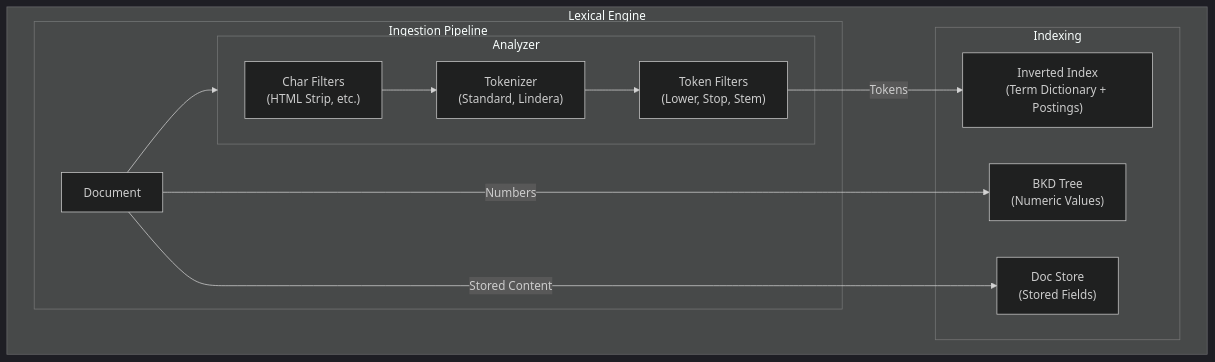
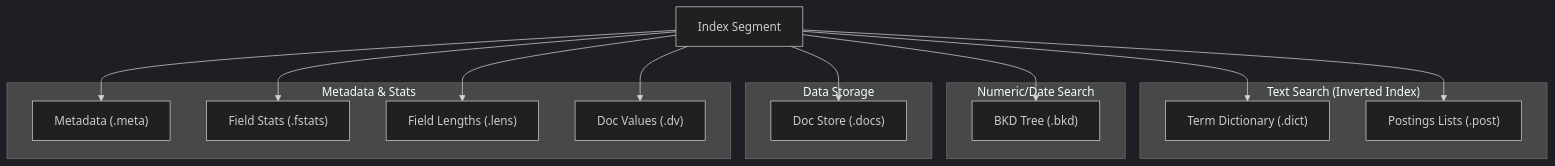
Before and after one commit to mosuka/iris: the fourth of 4 diagrams in docs/src/concepts/lexical_search.md, drawn with Mermaid (dark theme). The commit also changed other lines of this file and 11 other files, not shown here.

````diff
--- a/docs/src/concepts/lexical_search.md
+++ b/docs/src/concepts/lexical_search.md
@@ -125,27 +302,33 @@
 ```mermaid
 graph TD
-    subgraph "Lexical Engine"
-        subgraph "Ingestion Pipeline"
-            Doc[Document]
-            
-            subgraph "Analyzer"
-                CF["Char Filters<br>(HTML Strip, etc.)"]
-                Tok["Tokenizer<br>(Standard, Lindera)"]
-                TF["Token Filters<br>(Lower, Stop, Stem)"]
-                
-                CF --> Tok --> TF
-            end
-        end
-        
-        subgraph "Indexing"
-            II["Inverted Index<br>(Term Dictionary + Postings)"]
-            BKD["BKD Tree<br>(Numeric Values)"]
-            Store["Doc Store<br>(Stored Fields)"]
-        end
+    Segment[Index Segment]
+    
+    subgraph "Text Search (Inverted Index)"
+        Dict["Term Dictionary (.dict)"]
+        Post["Postings Lists (.post)"]
+    end
+    
+    subgraph "Numeric/Date Search"
+        BKD["BKD Tree (.bkd)"]
+    end
+    
+    subgraph "Data Storage"
+        Docs["Doc Store (.docs)"]
+    end
+    
+    subgraph "Metadata & Stats"
+        Meta["Metadata (.meta)"]
+        Stats["Field Stats (.fstats)"]
+        Lens["Field Lengths (.lens)"]
+        DV["Doc Values (.dv)"]
+    end
 
-        Doc --> Analyzer
-        TF -->|"Tokens"| II
-        Doc -->|"Numbers"| BKD
-        Doc -->|"Stored Content"| Store
-    end
+    Segment --> Dict
+    Segment --> Post
+    Segment --> BKD
+    Segment --> Docs
+    Segment --> Meta
+    Segment --> Stats
+    Segment --> Lens
+    Segment --> DV
 ```
````
